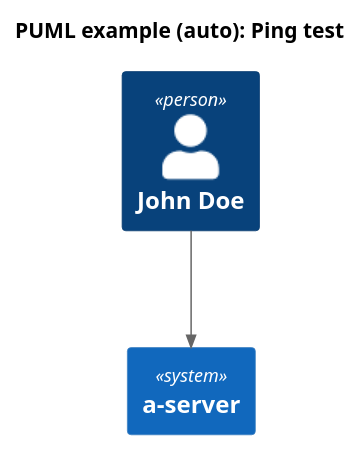
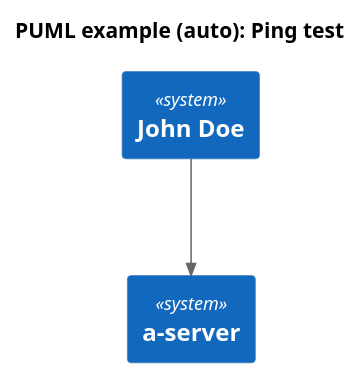
Before and after one commit to http4k/http4k-diagram-examples: the diagram in sequence-diagrams/.generated/diagrams/PUML example (auto): Ping test - Interactions.puml, drawn with PlantUML. The commit also changed 14 other files, not shown here.

```diff
--- a/sequence-diagrams/.generated/diagrams/PUML example (auto): Ping test - Interactions.puml
+++ b/sequence-diagrams/.generated/diagrams/PUML example (auto): Ping test - Interactions.puml
@@ -1,10 +1,10 @@
 @startuml
 title PUML example (auto): Ping test
 
 !include https://raw.githubusercontent.com/plantuml-stdlib/C4-PlantUML/master/C4_Container.puml
 
 
-Person(JohnDoe, "John Doe")
+System(JohnDoe, "John Doe")
 System(aserver, "a-server")    
 Rel_D(JohnDoe, aserver, " ")     
 @enduml
```
